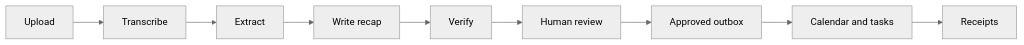
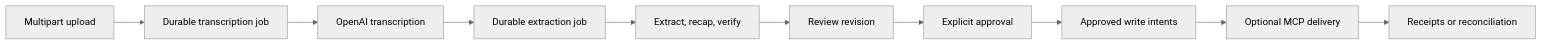
Before and after one commit to dLounce/Meeting-Action-Orchestrator: the diagram in README.md, drawn with Mermaid (neutral theme). The commit also changed other lines of this file and 6 other files, not shown here.

````diff
--- a/README.md
+++ b/README.md
@@ -23,11 +24,12 @@
 ```mermaid
 flowchart LR
-    A[Upload] --> B[Transcribe]
-    B --> C[Extract]
-    C --> D[Write recap]
-    D --> E[Verify]
-    E --> F[Human review]
-    F --> G[Approved outbox]
-    G --> H[Calendar and tasks]
-    H --> I[Receipts]
+    A[Multipart upload] --> B[Durable transcription job]
+    B --> C[OpenAI transcription]
+    C --> D[Durable extraction job]
+    D --> E[Extract, recap, verify]
+    E --> F[Review revision]
+    F --> G[Explicit approval]
+    G --> H[Approved write intents]
+    H --> I[Optional MCP delivery]
+    I --> J[Receipts or reconciliation]
 ```
````
